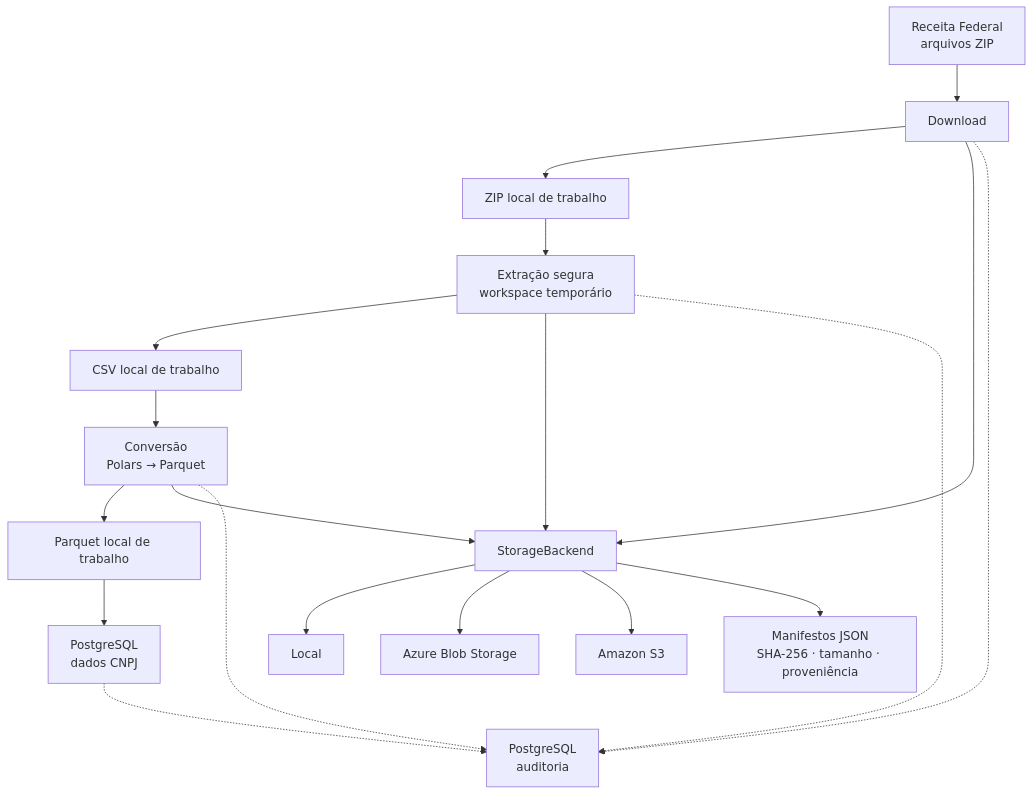
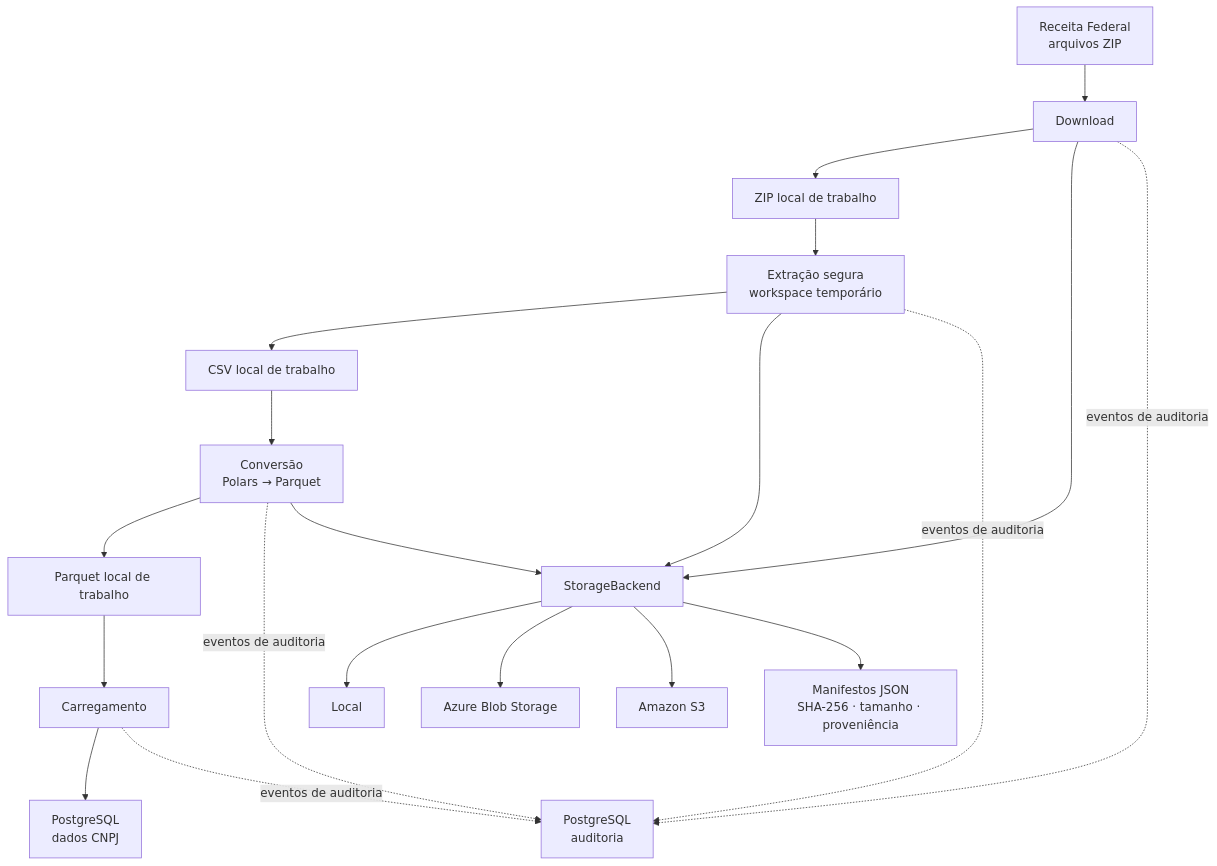
The diagram in README.md (brunolnetto/scrapper-rf-cnpj), drawn with Mermaid before and after one commit.

Commit message:
docs(readme): clarify ETL loading and audit flow

````diff
--- a/README.md
+++ b/README.md
@@ -19,21 +19,22 @@
 ```mermaid
 flowchart TD
     RFB["Receita Federal<br/>arquivos ZIP"] --> DL["Download"]
     DL --> ZIP["ZIP local de trabalho"]
     DL --> ST["StorageBackend"]
     ZIP --> EX["Extração segura<br/>workspace temporário"]
     EX --> CSV["CSV local de trabalho"]
     EX --> ST
     CSV --> CV["Conversão<br/>Polars → Parquet"]
     CV --> PQ["Parquet local de trabalho"]
+    PQ --> LOAD["Carregamento"]
+    LOAD --> PG["PostgreSQL<br/>dados CNPJ"]
+    DL -. eventos de auditoria .-> AUD["PostgreSQL<br/>auditoria"]
+    EX -. eventos de auditoria .-> AUD
+    CV -. eventos de auditoria .-> AUD
+    LOAD -. eventos de auditoria .-> AUD
     CV --> ST
     ST --> LOCAL["Local"]
     ST --> AZ["Azure Blob Storage"]
     ST --> S3["Amazon S3"]
     ST --> META["Manifestos JSON<br/>SHA-256 · tamanho · proveniência"]
-    PQ --> PG["PostgreSQL<br/>dados CNPJ"]
-    DL -.-> AUD["PostgreSQL<br/>auditoria"]
-    EX -.-> AUD
-    CV -.-> AUD
-    PG -.-> AUD
 ```
````
